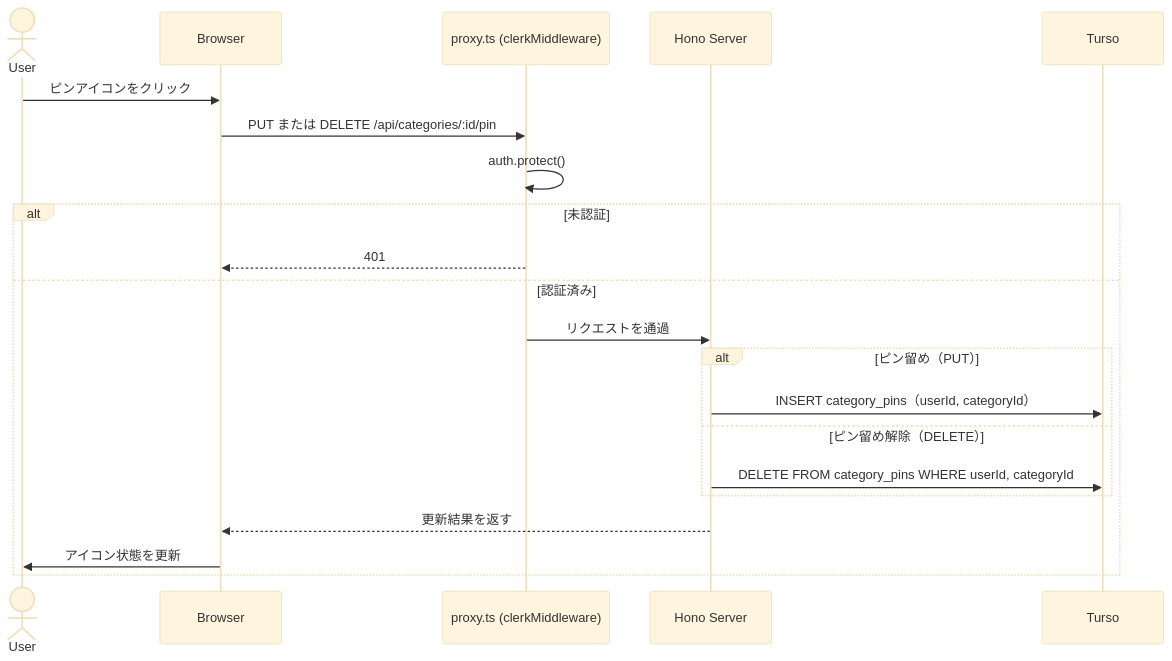
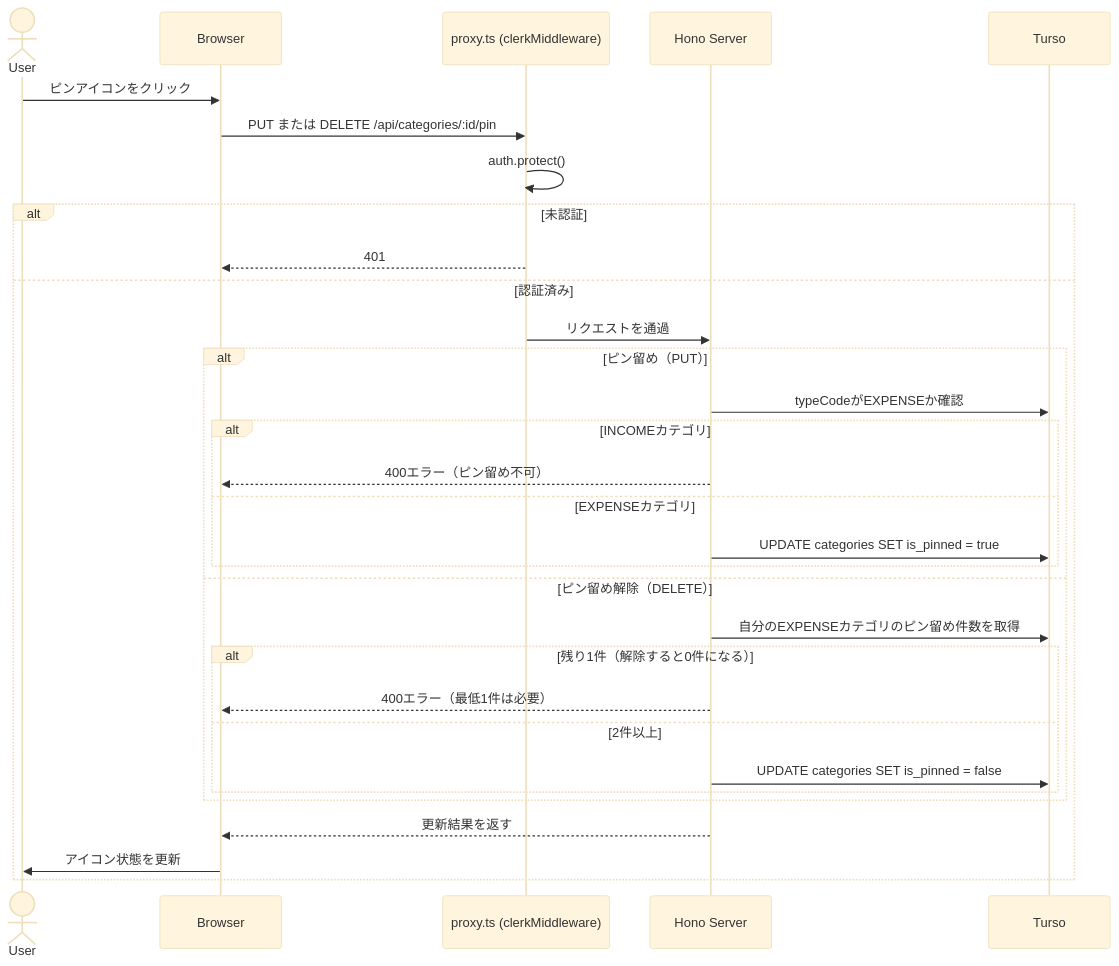
The seventh of 7 diagrams in docs/specs/features/categories.md (toshiki-s1892/my-kakeibo-app), drawn with Mermaid (base theme) before and after one commit. The commit also changed other lines of this file and 101 other files, not shown here.

````diff
--- a/docs/specs/features/categories.md
+++ b/docs/specs/features/categories.md
@@ -279,24 +281,34 @@
 ```mermaid
 sequenceDiagram
     actor User
     participant Browser
     participant Proxy as proxy.ts (clerkMiddleware)
     participant Server as Hono Server
     participant DB as Turso
 
     User->>Browser: ピンアイコンをクリック
     Browser->>Proxy: PUT または DELETE /api/categories/:id/pin
     Proxy->>Proxy: auth.protect()
     alt 未認証
         Proxy-->>Browser: 401
     else 認証済み
         Proxy->>Server: リクエストを通過
         alt ピン留め（PUT）
-            Server->>DB: INSERT category_pins（userId, categoryId）
+            Server->>DB: typeCodeがEXPENSEか確認
+            alt INCOMEカテゴリ
+                Server-->>Browser: 400エラー（ピン留め不可）
+            else EXPENSEカテゴリ
+                Server->>DB: UPDATE categories SET is_pinned = true
+            end
         else ピン留め解除（DELETE）
-            Server->>DB: DELETE FROM category_pins WHERE userId, categoryId
+            Server->>DB: 自分のEXPENSEカテゴリのピン留め件数を取得
+            alt 残り1件（解除すると0件になる）
+                Server-->>Browser: 400エラー（最低1件は必要）
+            else 2件以上
+                Server->>DB: UPDATE categories SET is_pinned = false
+            end
         end
         Server-->>Browser: 更新結果を返す
         Browser->>User: アイコン状態を更新
     end
 ```
````
